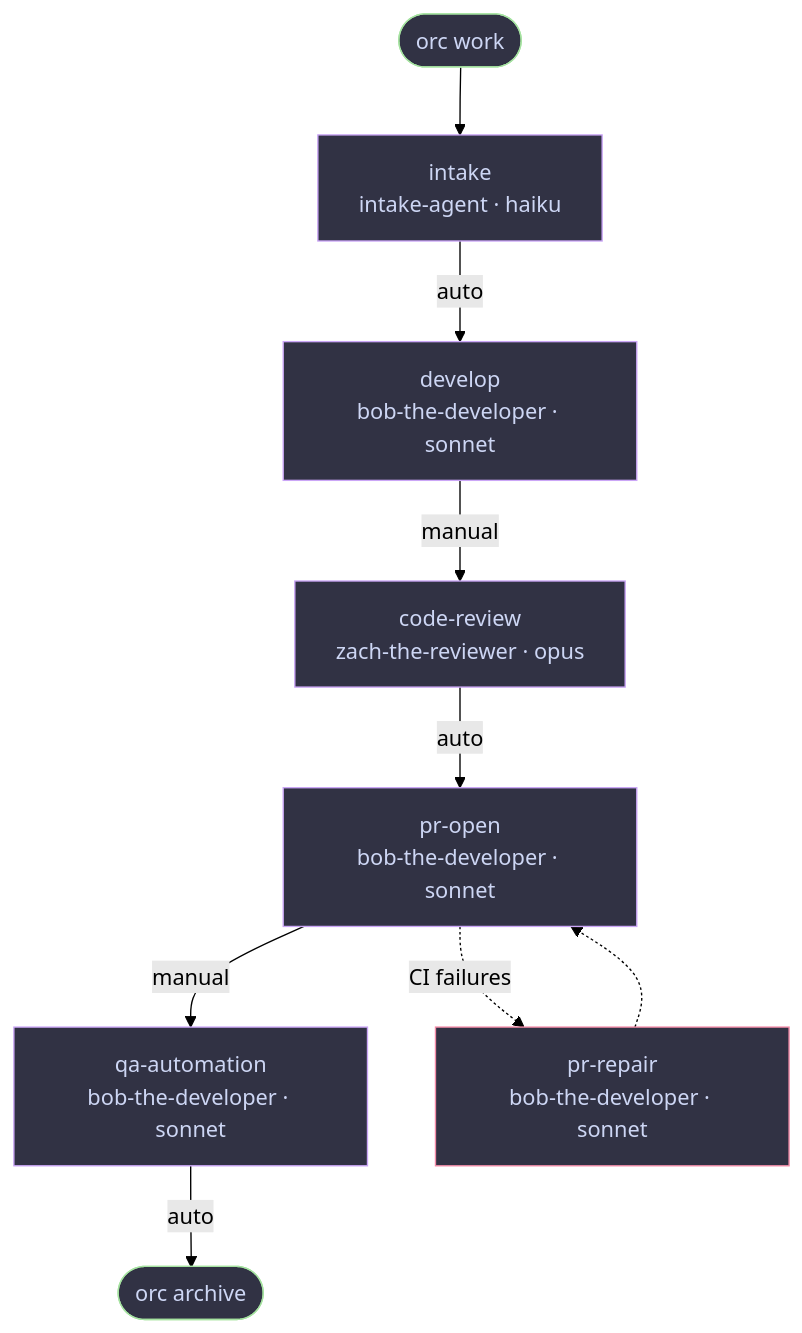
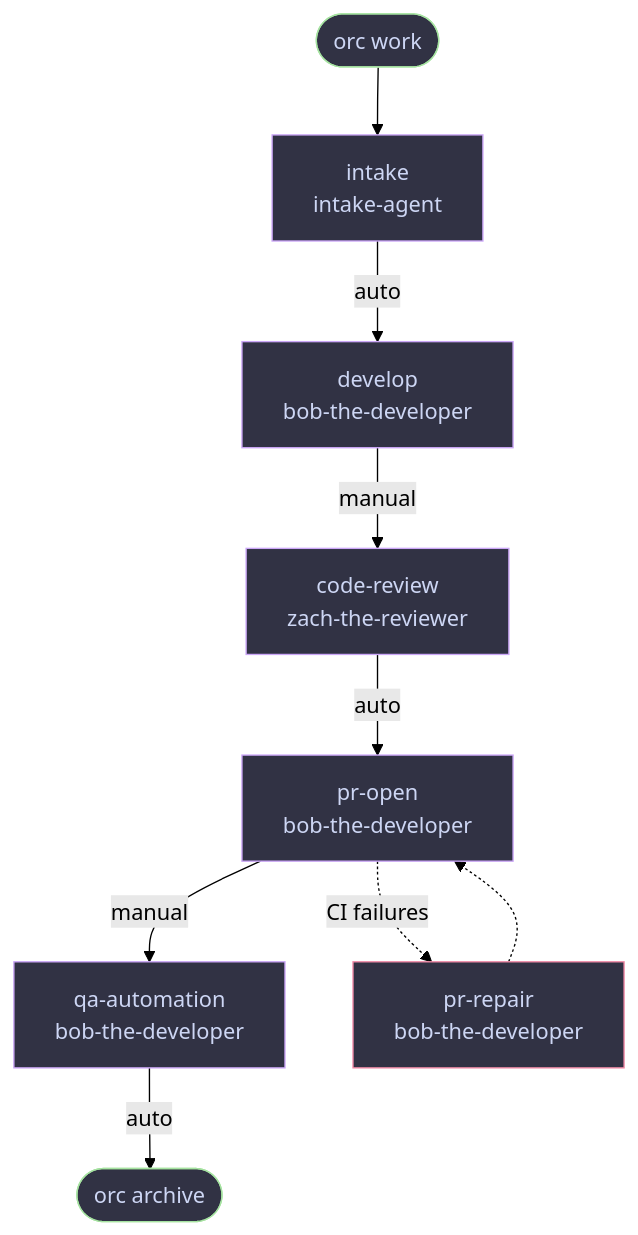
One commit to cengebretson/tmux-orc changed the second of 3 diagrams in README.md. Above: the diagram before and after it, drawn with Mermaid (forest theme).

Commit message:
remove model names from workflow diagram — only claude and codex supported

````diff
--- a/README.md
+++ b/README.md
@@ -166,21 +166,21 @@
 ```mermaid
 flowchart TD
     W(["orc work"])
-    W --> intake["intake\nintake-agent · haiku"]
-    intake -->|auto| develop["develop\nbob-the-developer · sonnet"]
-    develop -->|manual| CR["code-review\nzach-the-reviewer · opus"]
-    CR -->|auto| PO["pr-open\nbob-the-developer · sonnet"]
-    PO -->|manual| QA["qa-automation\nbob-the-developer · sonnet"]
-    PO -.->|CI failures| PR["pr-repair\nbob-the-developer · sonnet"]
+    W --> intake["intake\nintake-agent"]
+    intake -->|auto| develop["develop\nbob-the-developer"]
+    develop -->|manual| CR["code-review\nzach-the-reviewer"]
+    CR -->|auto| PO["pr-open\nbob-the-developer"]
+    PO -->|manual| QA["qa-automation\nbob-the-developer"]
+    PO -.->|CI failures| PR["pr-repair\nbob-the-developer"]
     PR -.-> PO
     QA -->|auto| A(["orc archive"])
 
     style W fill:#313244,stroke:#a6e3a1,color:#cdd6f4
     style A fill:#313244,stroke:#a6e3a1,color:#cdd6f4
     style intake fill:#313244,stroke:#cba6f7,color:#cdd6f4
     style develop fill:#313244,stroke:#cba6f7,color:#cdd6f4
     style CR fill:#313244,stroke:#cba6f7,color:#cdd6f4
     style PO fill:#313244,stroke:#cba6f7,color:#cdd6f4
     style PR fill:#313244,stroke:#f38ba8,color:#cdd6f4
     style QA fill:#313244,stroke:#cba6f7,color:#cdd6f4
 ```
````
